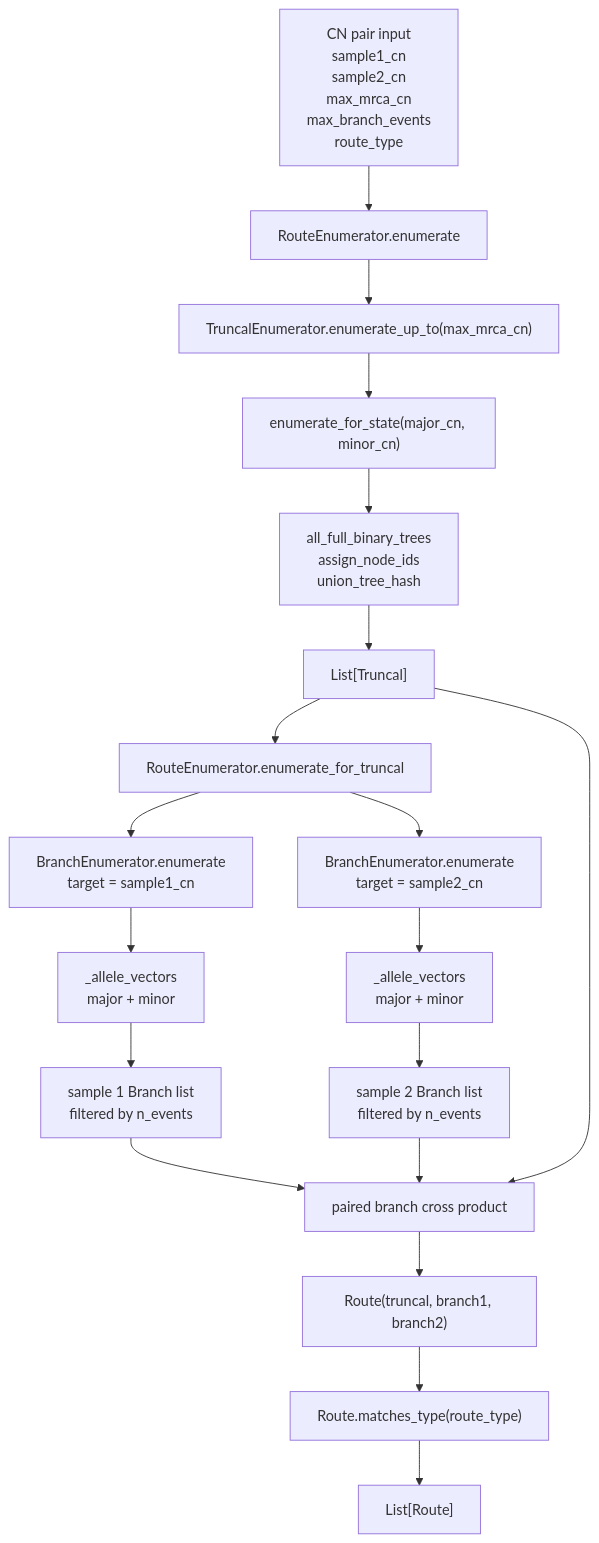
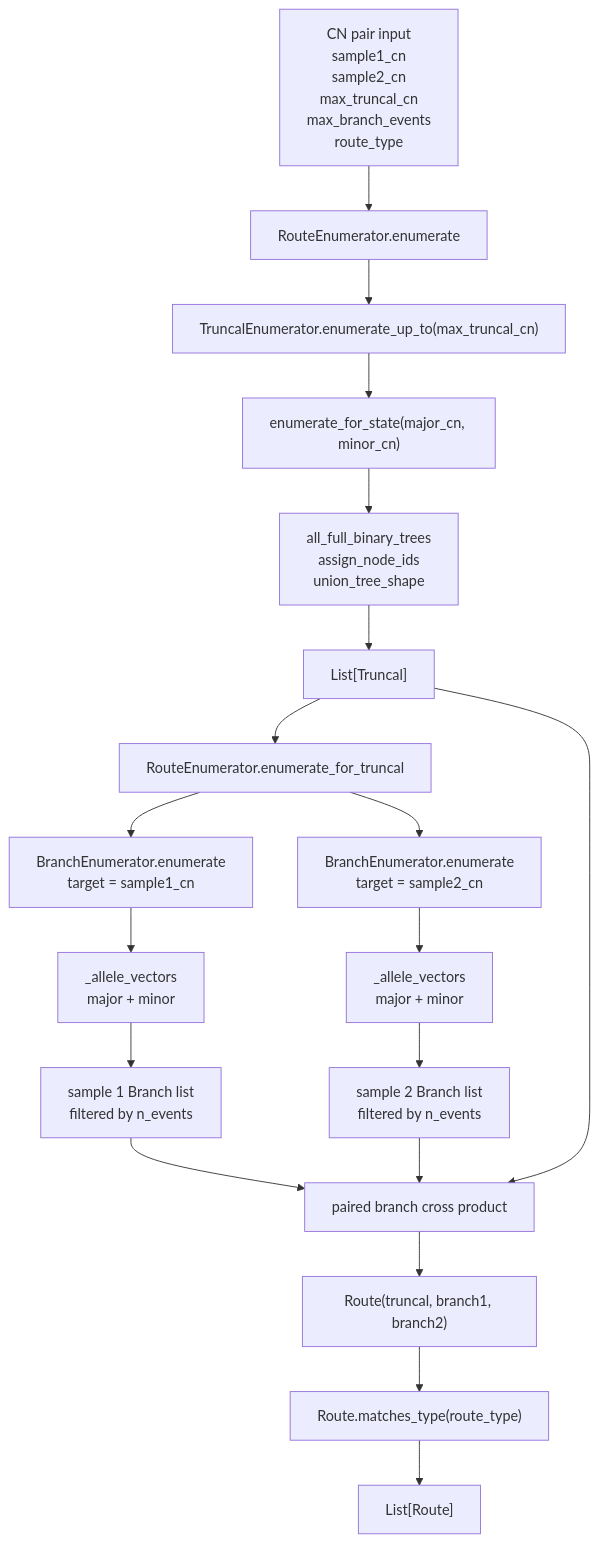
The diagram in docs/uml/enumeration_flow.mmd (SunPathLab/SPUR), drawn with Mermaid before and after one commit. The commit also changed 22 other files, not shown here.

Commit message:
Rename MRCA-facing API to truncal

```diff
--- a/docs/uml/enumeration_flow.mmd
+++ b/docs/uml/enumeration_flow.mmd
@@ -1,23 +1,23 @@
 flowchart TD
-    input["CN pair input<br/>sample1_cn<br/>sample2_cn<br/>max_mrca_cn<br/>max_branch_events<br/>route_type"] --> routeEnum["RouteEnumerator.enumerate"]
+    input["CN pair input<br/>sample1_cn<br/>sample2_cn<br/>max_truncal_cn<br/>max_branch_events<br/>route_type"] --> routeEnum["RouteEnumerator.enumerate"]
 
-    routeEnum --> truncUpTo["TruncalEnumerator.enumerate_up_to(max_mrca_cn)"]
+    routeEnum --> truncUpTo["TruncalEnumerator.enumerate_up_to(max_truncal_cn)"]
     truncUpTo --> truncState["enumerate_for_state(major_cn, minor_cn)"]
-    truncState --> treeGen["all_full_binary_trees<br/>assign_node_ids<br/>union_tree_hash"]
+    truncState --> treeGen["all_full_binary_trees<br/>assign_node_ids<br/>union_tree_shape"]
     treeGen --> truncals["List[Truncal]"]
 
     truncals --> perTruncal["RouteEnumerator.enumerate_for_truncal"]
     perTruncal --> branch1["BranchEnumerator.enumerate<br/>target = sample1_cn"]
     perTruncal --> branch2["BranchEnumerator.enumerate<br/>target = sample2_cn"]
 
     branch1 --> allele1["_allele_vectors<br/>major + minor"]
     branch2 --> allele2["_allele_vectors<br/>major + minor"]
     allele1 --> branches1["sample 1 Branch list<br/>filtered by n_events"]
     allele2 --> branches2["sample 2 Branch list<br/>filtered by n_events"]
 
     branches1 --> product["paired branch cross product"]
     branches2 --> product
     truncals --> product
     product --> route["Route(truncal, branch1, branch2)"]
     route --> filter["Route.matches_type(route_type)"]
     filter --> routes["List[Route]"]
```
